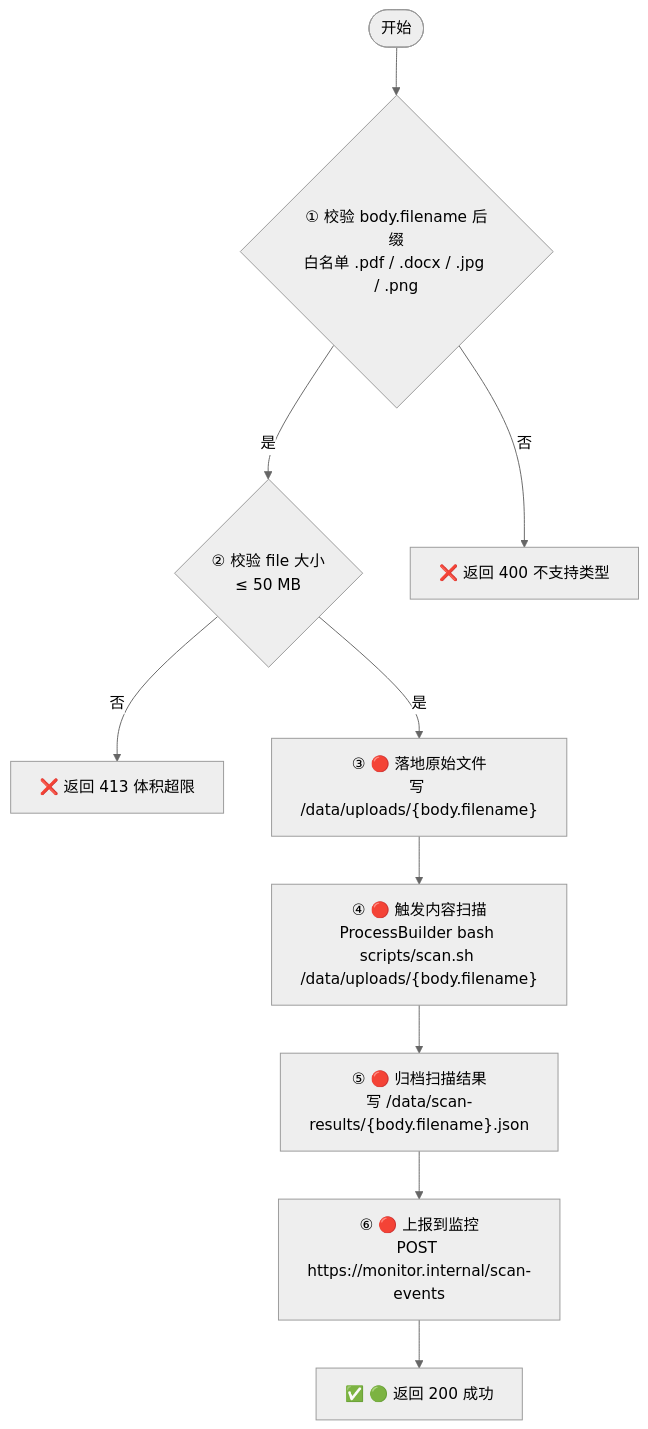
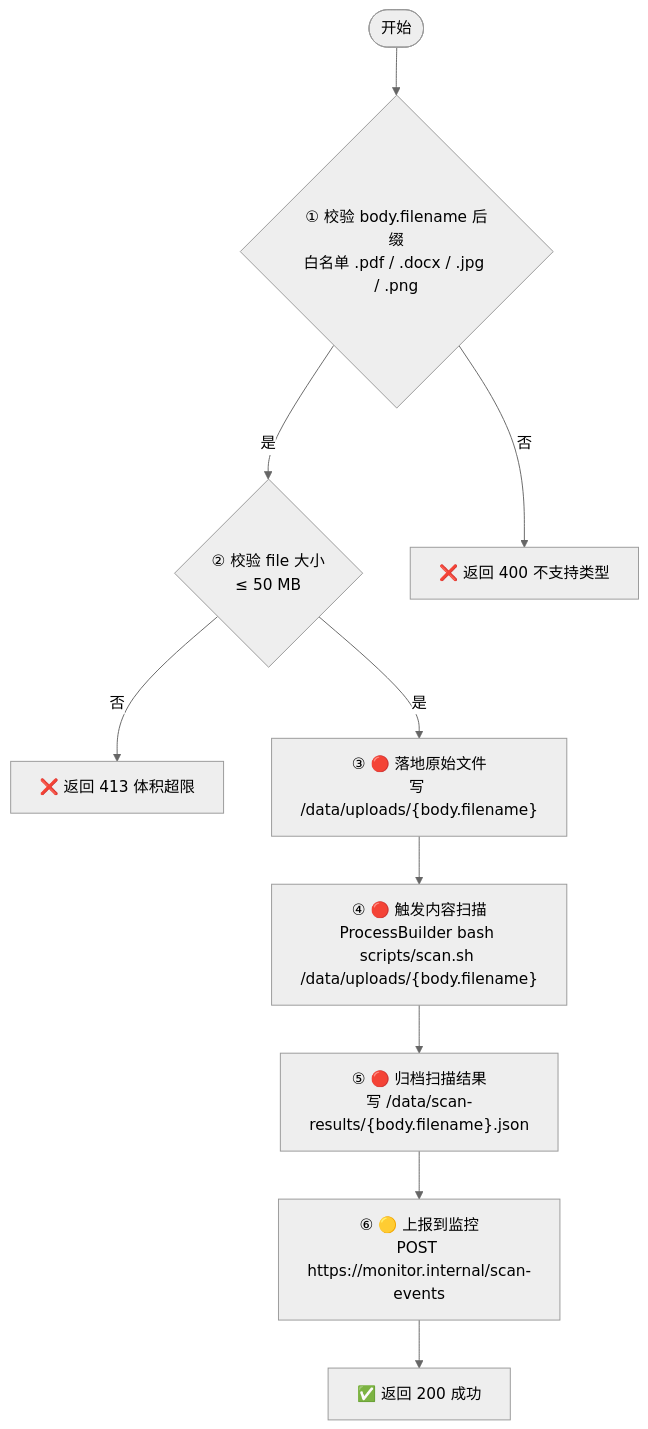
The diagram in .opencode/skills/biz-flow-recon/references/default.md (gcf0082/biz-flow-recon), drawn with Mermaid (neutral theme) before and after one commit. The commit also changed other lines of this file and 1 other file, not shown here.

Commit message:
观测优先级简化为两档：🔴 高危+用户输入 / 🟡 高危无用户输入
- 去掉 🟡（中）和 🟢（低）档
- 🔴：文件 I/O/命令/网络外呼/SQL + 含外部用户输入
- 🟡：高危操作但不含外部用户输入
- 自检项、模板注释同步更新

````diff
--- a/.opencode/skills/biz-flow-recon/references/default.md
+++ b/.opencode/skills/biz-flow-recon/references/default.md
@@ -45,23 +45,23 @@
 ```mermaid
 flowchart TD
     START([开始])
     CHECK_EXT{"① 校验 body.filename 后缀<br/>白名单 .pdf / .docx / .jpg / .png"}
     CHECK_SIZE{"② 校验 file 大小<br/>≤ 50 MB"}
     REJECT_EXT["❌ 返回 400 不支持类型"]
     REJECT_SIZE["❌ 返回 413 体积超限"]
     WRITE["③ 🔴 落地原始文件<br/>写 /data/uploads/{body.filename}"]
     SCAN["④ 🔴 触发内容扫描<br/>ProcessBuilder bash scripts/scan.sh /data/uploads/{body.filename}"]
     ARCHIVE["⑤ 🔴 归档扫描结果<br/>写 /data/scan-results/{body.filename}.json"]
-    REPORT["⑥ 🔴 上报到监控<br/>POST https://monitor.internal/scan-events"]
-    RESPONSE["✅ 🟢 返回 200 成功"]
+    REPORT["⑥ 🟡 上报到监控<br/>POST https://monitor.internal/scan-events"]
+    RESPONSE["✅ 返回 200 成功"]
 
     START --> CHECK_EXT
     CHECK_EXT -->|否| REJECT_EXT
     CHECK_EXT -->|是| CHECK_SIZE
     CHECK_SIZE -->|否| REJECT_SIZE
     CHECK_SIZE -->|是| WRITE
     WRITE --> SCAN
     SCAN --> ARCHIVE
     ARCHIVE --> REPORT
     REPORT --> RESPONSE
 ```
````
